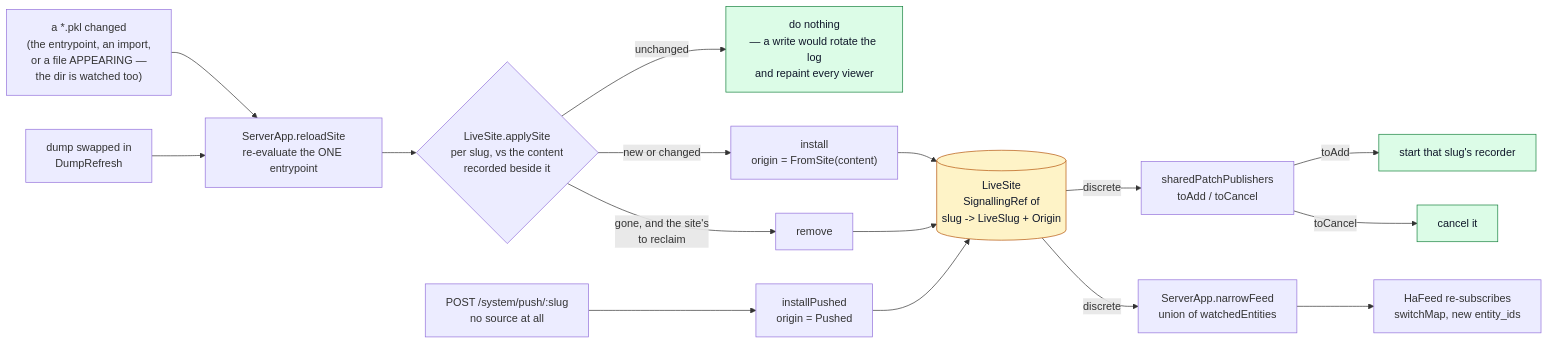
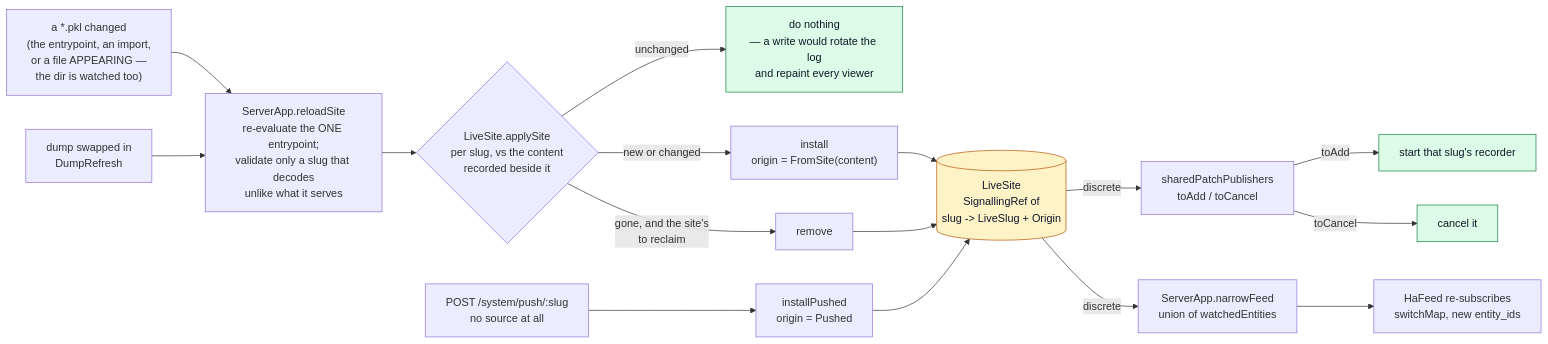
The second of 6 diagrams in docs/architecture-rendering-pipeline.md (perok/functional-home-assistant), drawn with Mermaid before and after one commit. The commit also changed other lines of this file and 70 other files, not shown here.

````diff
--- a/docs/architecture-rendering-pipeline.md
+++ b/docs/architecture-rendering-pipeline.md
@@ -266,23 +266,23 @@
 ```mermaid
 flowchart LR
   EDIT["a *.pkl changed<br/>(the entrypoint, an import,<br/>or a file APPEARING —<br/>the dir is watched too)"] --> RE
   DUMP["dump swapped in<br/>DumpRefresh"] --> RE
-  RE["ServerApp.reloadSite<br/>re-evaluate the ONE entrypoint"] --> DIFF{"LiveSite.applySite<br/>per slug, vs the content<br/>recorded beside it"}
+  RE["ServerApp.reloadSite<br/>re-evaluate the ONE entrypoint;<br/>validate only a slug that decodes<br/>unlike what it serves"] --> DIFF{"LiveSite.applySite<br/>per slug, vs the content<br/>recorded beside it"}
   DIFF -->|unchanged| NOOP["do nothing<br/>— a write would rotate the log<br/>and repaint every viewer"]
   DIFF -->|new or changed| INS["install<br/>origin = FromSite(content)"]
   DIFF -->|"gone, and the site's<br/>to reclaim"| RM["remove"]
   INS --> REG[("LiveSite<br/>SignallingRef of<br/>slug -> LiveSlug + Origin")]
   RM --> REG
   PUSH["POST /system/push/:slug<br/>no source at all"] --> PSH["installPushed<br/>origin = Pushed"]
   PSH --> REG
   REG -->|discrete| RECON["sharedPatchPublishers<br/>toAdd / toCancel"]
   RECON -->|toAdd| START["start that slug's recorder"]
   RECON -->|toCancel| STOP["cancel it"]
   REG -->|discrete| NARROW["ServerApp.narrowFeed<br/>union of watchedEntities"]
   NARROW --> RESUB["HaFeed re-subscribes<br/>switchMap, new entity_ids"]
 
   classDef ok fill:#dcfce7,stroke:#15803d,color:#0f172a
   classDef store fill:#fef3c7,stroke:#b45309,color:#0f172a
   class NOOP,START,STOP ok
   class REG store
 ```
````
